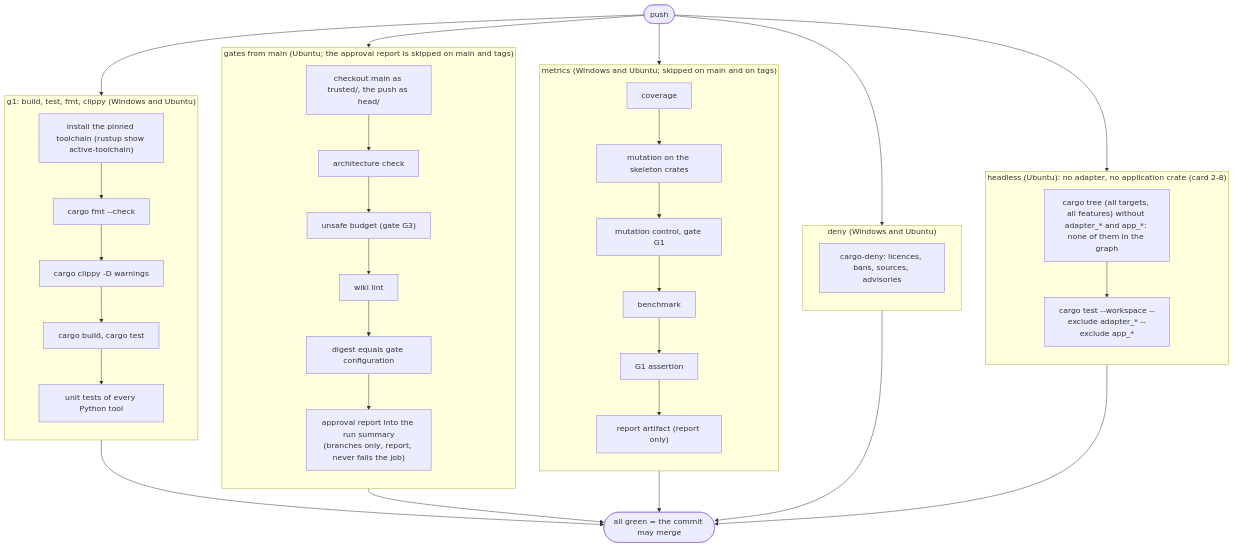
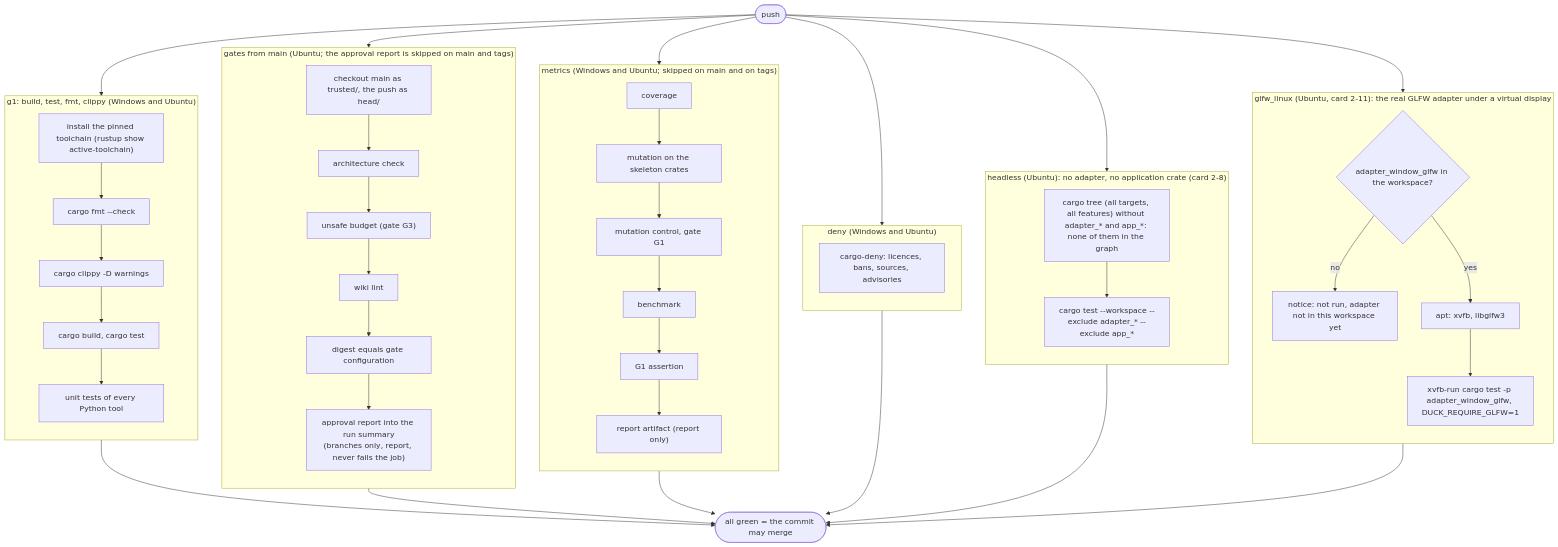
The second of 7 diagrams in wiki/workflow/ci-diagrams.md (giamat90/DuckEngine), drawn with Mermaid before and after one commit. The commit also changed other lines of this file and 4 other files, not shown here.

Commit message:
ci(workflow): run the GLFW adapter on Linux under xvfb (2-11) (#91)

````diff
--- a/wiki/workflow/ci-diagrams.md
+++ b/wiki/workflow/ci-diagrams.md
@@ -47,42 +47,48 @@
 ```mermaid
 flowchart TB
-  start(["push"]) --> g1 & gates & metrics & deny & headless
+  start(["push"]) --> g1 & gates & metrics & deny & headless & glfw_linux
 
   subgraph g1["g1: build, test, fmt, clippy (Windows and Ubuntu)"]
     direction TB
     a1["install the pinned toolchain (rustup show active-toolchain)"] --> a2["cargo fmt --check"]
     a2 --> a3["cargo clippy -D warnings"]
     a3 --> a4["cargo build, cargo test"]
     a4 --> a5["unit tests of every Python tool"]
   end
 
   subgraph gates["gates from main (Ubuntu; the approval report is skipped on main and tags)"]
     direction TB
     b1["checkout main as trusted/, the push as head/"] --> b2["architecture check"]
     b2 --> b2b["unsafe budget (gate G3)"]
     b2b --> b3["wiki lint"]
     b3 --> b4["digest equals gate configuration"]
     b4 --> b5["approval report into the run summary<br/>(branches only, report, never fails the job)"]
   end
 
   subgraph metrics["metrics (Windows and Ubuntu; skipped on main and on tags)"]
     direction TB
     c1["coverage"] --> c2["mutation on the skeleton crates"]
     c2 --> c3["mutation control, gate G1"]
     c3 --> c4["benchmark"]
     c4 --> c4b["G1 assertion"]
     c4b --> c5["report artifact (report only)"]
   end
 
   subgraph deny["deny (Windows and Ubuntu)"]
     direction TB
     d1["cargo-deny: licences, bans, sources, advisories"]
   end
 
   subgraph headless["headless (Ubuntu): no adapter, no application crate (card 2-8)"]
     direction TB
     h1["cargo tree (all targets, all features) without adapter_* and app_*: none of them in the graph"] --> h2["cargo test --workspace --exclude adapter_* --exclude app_*"]
   end
 
-  g1 & gates & metrics & deny & headless --> done(["all green = the commit may merge"])
+  subgraph glfw_linux["glfw_linux (Ubuntu, card 2-11): the real GLFW adapter under a virtual display"]
+    direction TB
+    l1{"adapter_window_glfw in the workspace?"} -- no --> l2["notice: not run, adapter not in this workspace yet"]
+    l1 -- yes --> l3["apt: xvfb, libglfw3"] --> l4["xvfb-run cargo test -p adapter_window_glfw, DUCK_REQUIRE_GLFW=1"]
+  end
+
+  g1 & gates & metrics & deny & headless & glfw_linux --> done(["all green = the commit may merge"])
 ```
````
